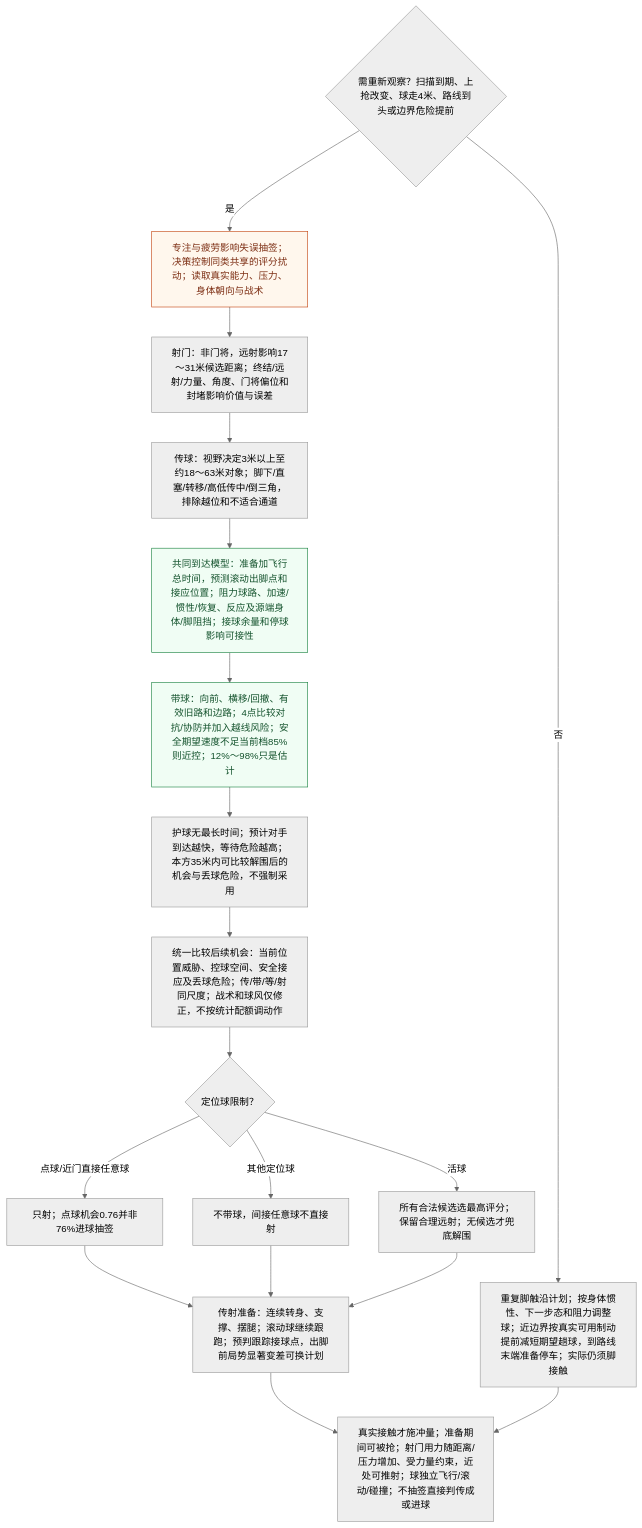
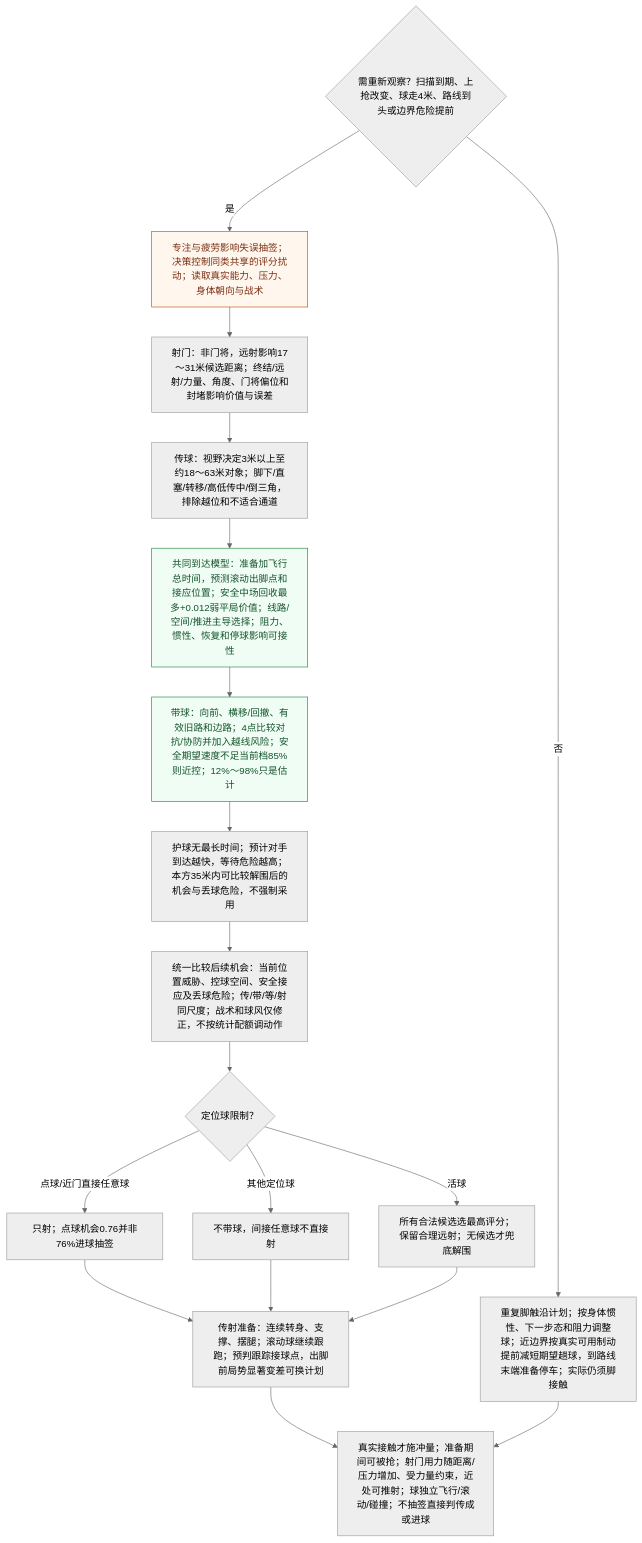
The fifth of 7 diagrams in packages/shared/modules/matches/design/PLAYER_DECISION_MAP.md (sixu3575/touchline-manager), drawn with Mermaid (neutral theme) before and after one commit. The commit also changed other lines of this file and 15 other files, not shown here.

````diff
--- a/packages/shared/modules/matches/design/PLAYER_DECISION_MAP.md
+++ b/packages/shared/modules/matches/design/PLAYER_DECISION_MAP.md
@@ -167,24 +167,24 @@
 ```mermaid
 flowchart TD
   A0{"需重新观察？扫描到期、上抢改变、球走4米、路线到头或边界危险提前"} -->|否| AM["重复脚触沿计划；按身体惯性、下一步态和阻力调整球；近边界按真实可用制动提前减短期望趟球，到路线末端准备停车；实际仍须脚接触"]
   A0 -->|是| A1["专注与疲劳影响失误抽签；决策控制同类共享的评分扰动；读取真实能力、压力、身体朝向与战术"]
   A1 --> AS["射门：非门将，远射影响17～31米候选距离；终结/远射/力量、角度、门将偏位和封堵影响价值与误差"]
   AS --> AP["传球：视野决定3米以上至约18～63米对象；脚下/直塞/转移/高低传中/倒三角，排除越位和不适合通道"]
-  AP --> AR["共同到达模型：准备加飞行总时间，预测滚动出脚点和接应位置；阻力球路、加速/惯性/恢复、反应及源端身体/脚阻挡；接球余量和停球影响可接性"]
+  AP --> AR["共同到达模型：准备加飞行总时间，预测滚动出脚点和接应位置；安全中场回收最多+0.012弱平局价值；线路/空间/推进主导选择；阻力、惯性、恢复和停球影响可接性"]
   AR --> AC["带球：向前、横移/回撤、有效旧路和边路；4点比较对抗/协防并加入越线风险；安全期望速度不足当前档85%则近控；12%～98%只是估计"]
   AC --> AH["护球无最长时间；预计对手到达越快，等待危险越高；本方35米内可比较解围后的机会与丢球危险，不强制采用"]
   AH --> AV["统一比较后续机会：当前位置威胁、控球空间、安全接应及丢球危险；传/带/等/射同尺度；战术和球风仅修正，不按统计配额调动作"]
   AV --> AX{"定位球限制？"}
   AX -->|点球/近门直接任意球| AD["只射；点球机会0.76并非76%进球抽签"]
   AX -->|其他定位球| AF["不带球，间接任意球不直接射"]
   AX -->|活球| AB["所有合法候选选最高评分；保留合理远射；无候选才兜底解围"]
   AD --> AE["传射准备：连续转身、支撑、摆腿；滚动球继续跟跑；预判跟踪接球点，出脚前局势显著变差可换计划"]
   AF --> AE
   AB --> AE
   AE --> AK["真实接触才施冲量；准备期间可被抢；射门用力随距离/压力增加、受力量约束，近处可推射；球独立飞行/滚动/碰撞；不抽签直接判传成或进球"]
   AM --> AK
   classDef draw fill:#fff7ed,stroke:#c2410c,color:#7c2d12
   classDef estimate fill:#f0fdf4,stroke:#15803d,color:#14532d
   class A1 draw
   class AR,AC estimate
 ```
````
